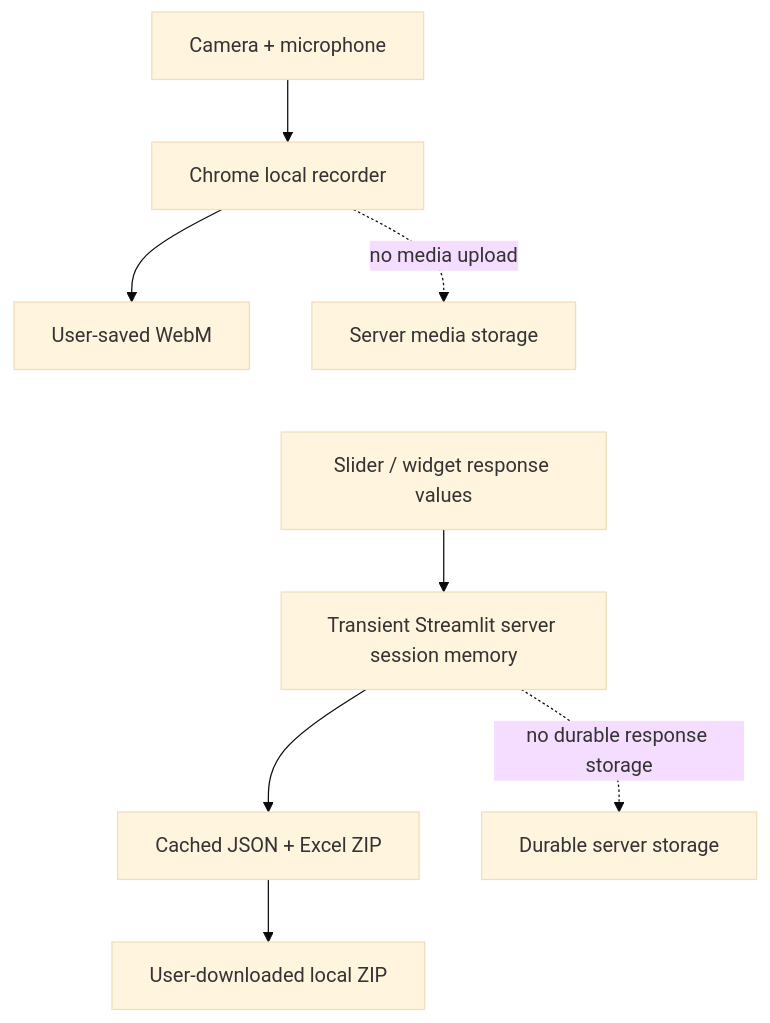
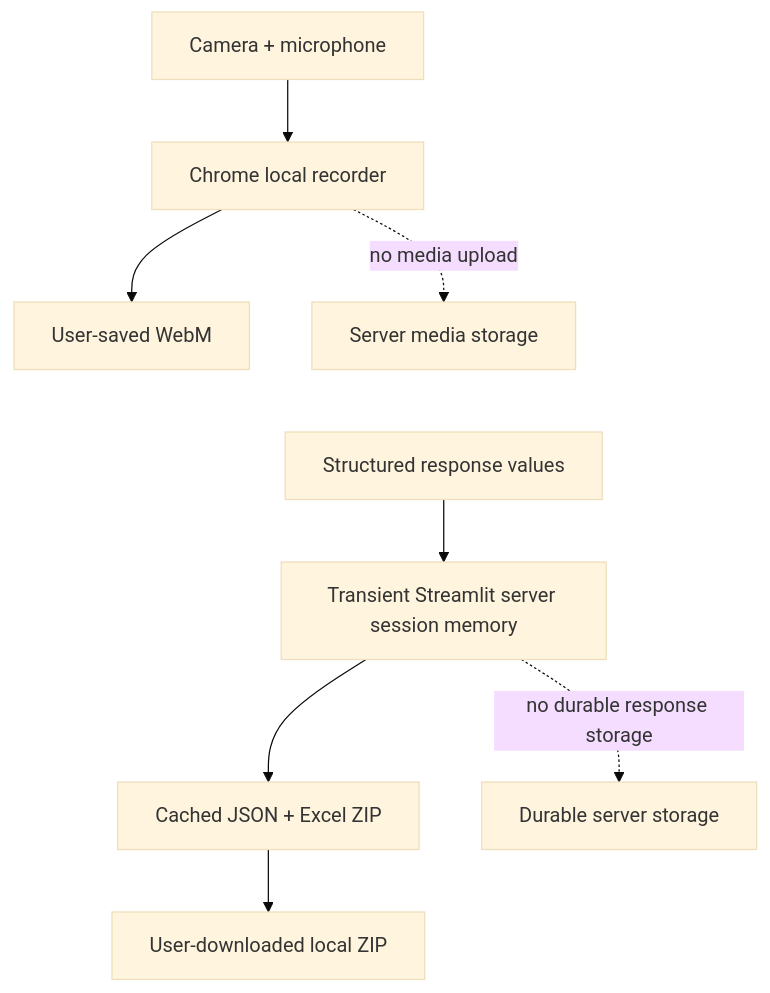
One commit to YaoZeLiu0417/physical-stimulation-session-recorder-showcase changed the diagram in README.md. Above: the diagram before and after it, drawn with Mermaid (base theme). The commit also changed other lines of this file, not shown here.

Commit message:
docs: present complete protected session workflow

````diff
--- a/README.md
+++ b/README.md
@@ -134,11 +163,11 @@
 ```mermaid
 flowchart TB
     Devices["Camera + microphone"] --> Chrome["Chrome local recorder"]
     Chrome --> Video["User-saved WebM"]
-    Answers["Slider / widget response values"] --> Session["Transient Streamlit server session memory"]
+    Answers["Structured response values"] --> Session["Transient Streamlit server session memory"]
     Session --> Cache["Cached JSON + Excel ZIP"]
     Cache --> Zip["User-downloaded local ZIP"]
     Chrome -. "no media upload" .-> BlockedMedia["Server media storage"]
     BlockedMedia ~~~ Answers
     Session -. "no durable response storage" .-> BlockedData["Durable server storage"]
 ```
````
